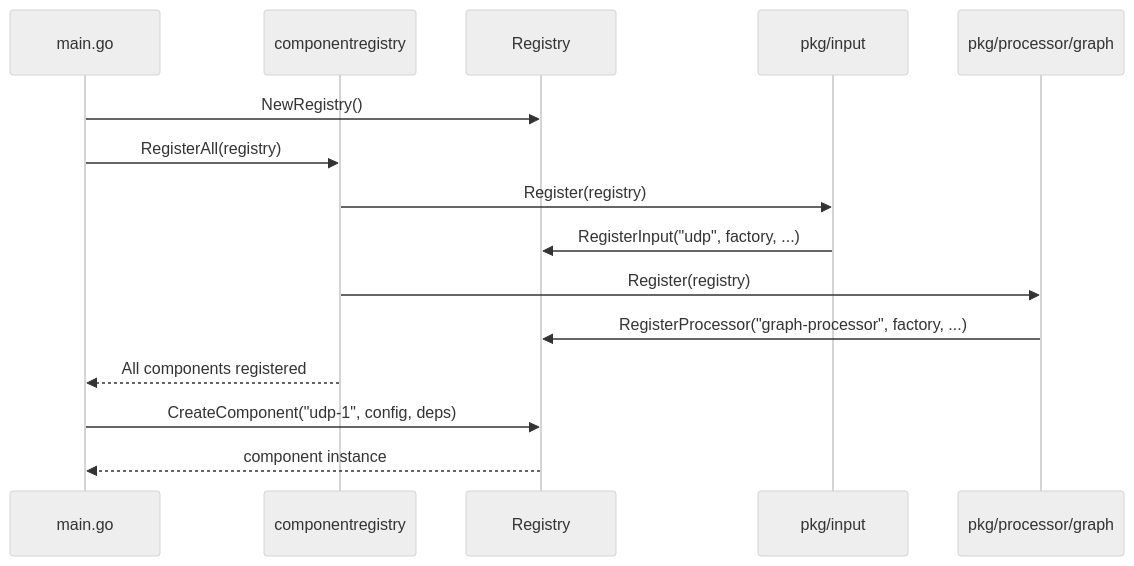
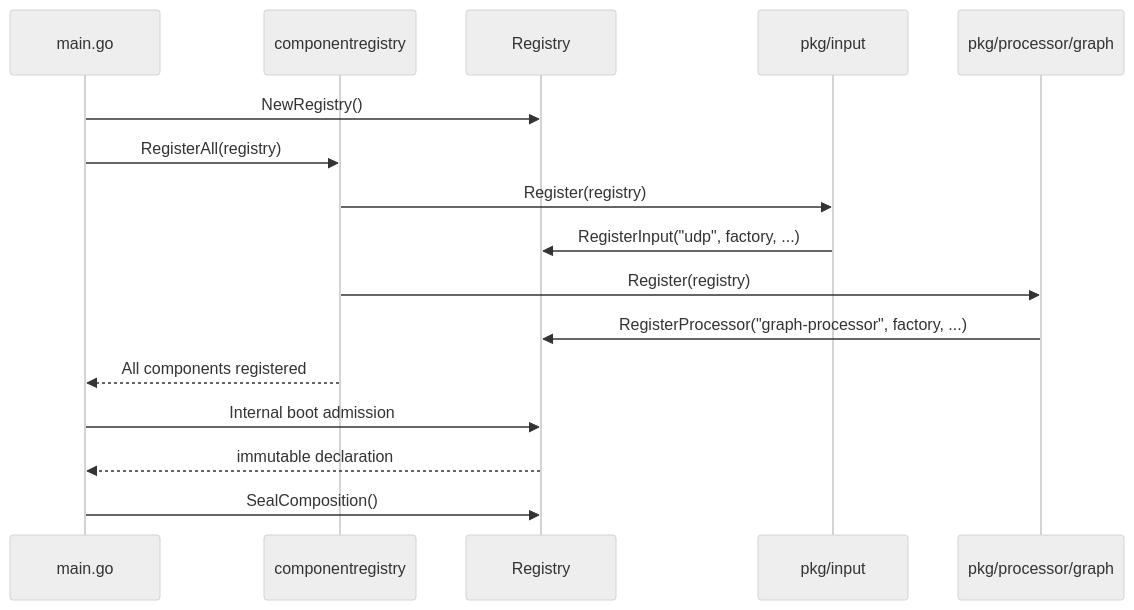
The second of 2 diagrams in component/README.md (C360Studio/semstreams), drawn with Mermaid (neutral theme) before and after one commit. The commit also changed other lines of this file and 119 other files, not shown here.

First line of the commit message:
refactor(runtime)!: require reboot for flow activation

````diff
--- a/component/README.md
+++ b/component/README.md
@@ -64,18 +67,19 @@
 ```mermaid
 sequenceDiagram
     participant Main as main.go
     participant CR as componentregistry
     participant Reg as Registry
     participant UDP as pkg/input
     participant Graph as pkg/processor/graph
 
     Main->>Reg: NewRegistry()
     Main->>CR: RegisterAll(registry)
     CR->>UDP: Register(registry)
     UDP->>Reg: RegisterInput("udp", factory, ...)
     CR->>Graph: Register(registry)
     Graph->>Reg: RegisterProcessor("graph-processor", factory, ...)
     CR-->>Main: All components registered
-    Main->>Reg: CreateComponent("udp-1", config, deps)
-    Reg-->>Main: component instance
+    Main->>Reg: Internal boot admission
+    Reg-->>Main: immutable declaration
+    Main->>Reg: SealComposition()
 ```
````
